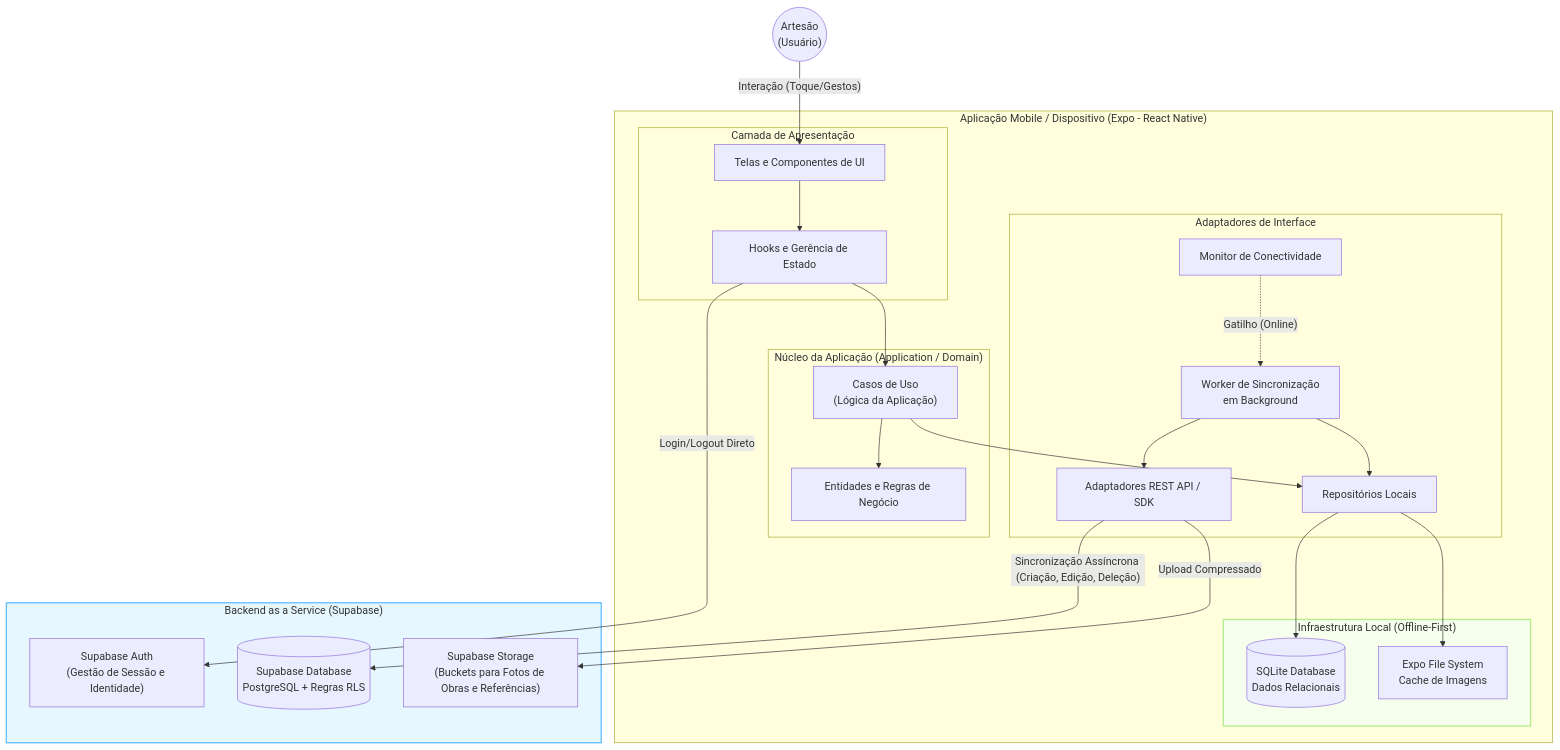
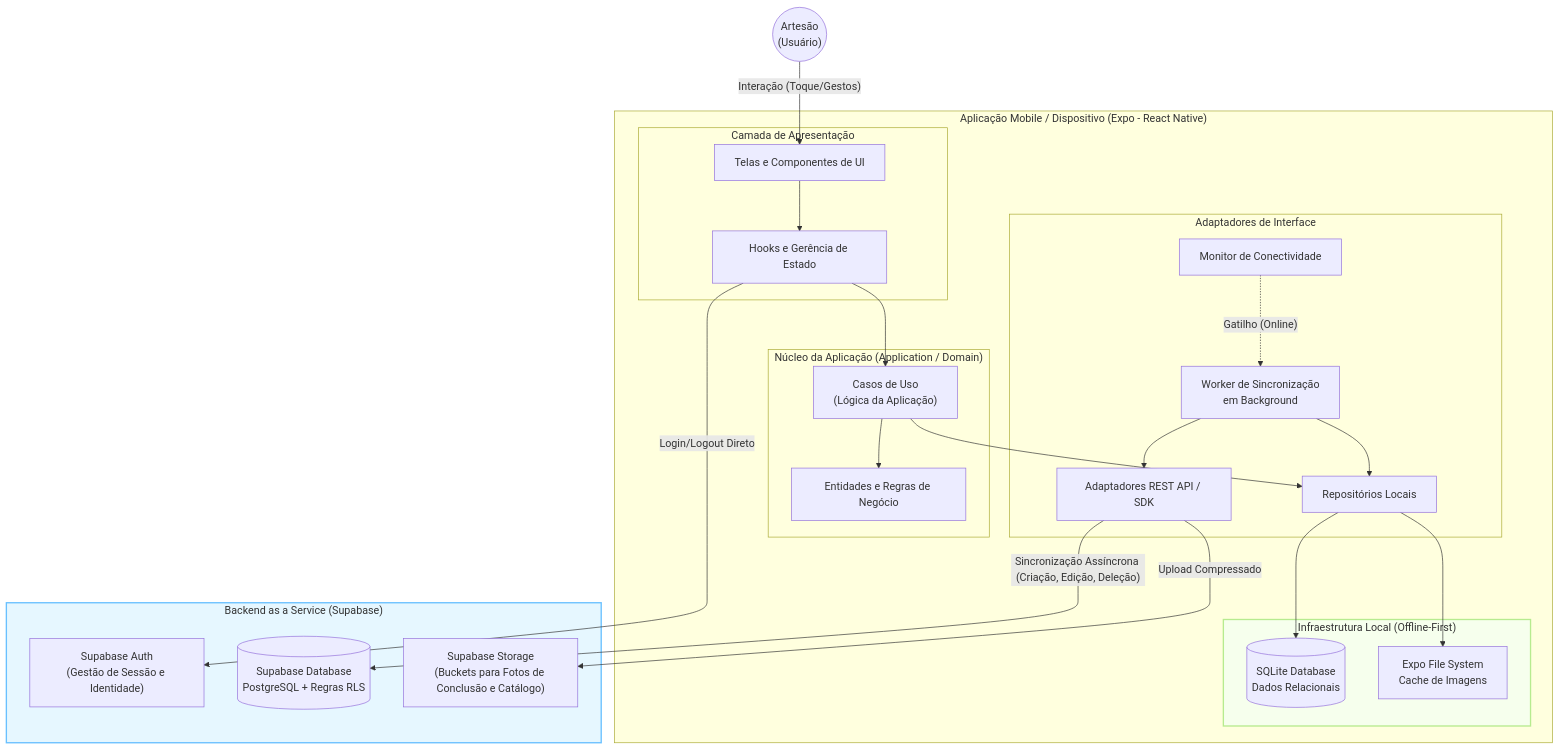
Diagram 12 of 12 in docs/ate-fase2.md (rmofilh/ate), drawn with Mermaid before and after one commit. The commit also changed other lines of this file and 1 other file, not shown here.

````diff
--- a/docs/ate-fase2.md
+++ b/docs/ate-fase2.md
@@ -1166,63 +1112,63 @@
 ```mermaid
 flowchart TD
     Artesao(("Artesão<br/>(Usuário)"))
 
     subgraph MobileApp ["Aplicação Mobile / Dispositivo (Expo - React Native)"]
         
         subgraph Presentation [Camada de Apresentação]
             Telas[Telas e Componentes de UI]
             Hooks[Hooks e Gerência de Estado]
         end
 
         subgraph ApplicationDomain ["Núcleo da Aplicação (Application / Domain)"]
             UseCases["Casos de Uso<br/>(Lógica da Aplicação)"]
             Entities[Entidades e Regras de Negócio]
         end
 
         subgraph InterfaceAdapters [Adaptadores de Interface]
             Repo[Repositórios Locais]
             SyncWorker[Worker de Sincronização<br/>em Background]
             NetListener[Monitor de Conectividade]
             SupabaseAdapter[Adaptadores REST API / SDK]
         end
         
         subgraph LocalInfra ["Infraestrutura Local (Offline-First)"]
             SQLite[(SQLite Database<br/>Dados Relacionais)]
             FS[Expo File System<br/>Cache de Imagens]
         end
 
         %% Fluxo interno da arquitetura Limpa
         Telas --> Hooks
         Hooks --> UseCases
         UseCases --> Entities
         UseCases --> Repo
         
         %% Gravação Local
         Repo --> SQLite
         Repo --> FS
         
         %% Mecânica de Sincronização
         NetListener -.->|"Gatilho (Online)"| SyncWorker
         SyncWorker --> Repo
         SyncWorker --> SupabaseAdapter
     end
 
     subgraph BackendCloud ["Backend as a Service (Supabase)"]
         S_Auth["Supabase Auth<br/>(Gestão de Sessão e Identidade)"]
         S_DB[(Supabase Database<br/>PostgreSQL + Regras RLS)]
-        S_Storage["Supabase Storage<br/>(Buckets para Fotos de Obras e Referências)"]
+        S_Storage["Supabase Storage<br/>(Buckets para Fotos de Conclusão e Catálogo)"]
     end
 
     %% Integrações com a Nuvem
     Artesao -->|"Interação (Toque/Gestos)"| Telas
     Hooks -->|Login/Logout Direto| S_Auth
     SupabaseAdapter -->|"Sincronização Assíncrona (Criação, Edição, Deleção)"| S_DB
     SupabaseAdapter -->|Upload Compressado| S_Storage
 
     %% Estilização
     classDef cloud fill:#e6f7ff,stroke:#69c0ff,stroke-width:2px;
     classDef localinfra fill:#f6ffed,stroke:#b7eb8f,stroke-width:2px;
     
     class BackendCloud cloud;
     class LocalInfra localinfra;
 ```
````
